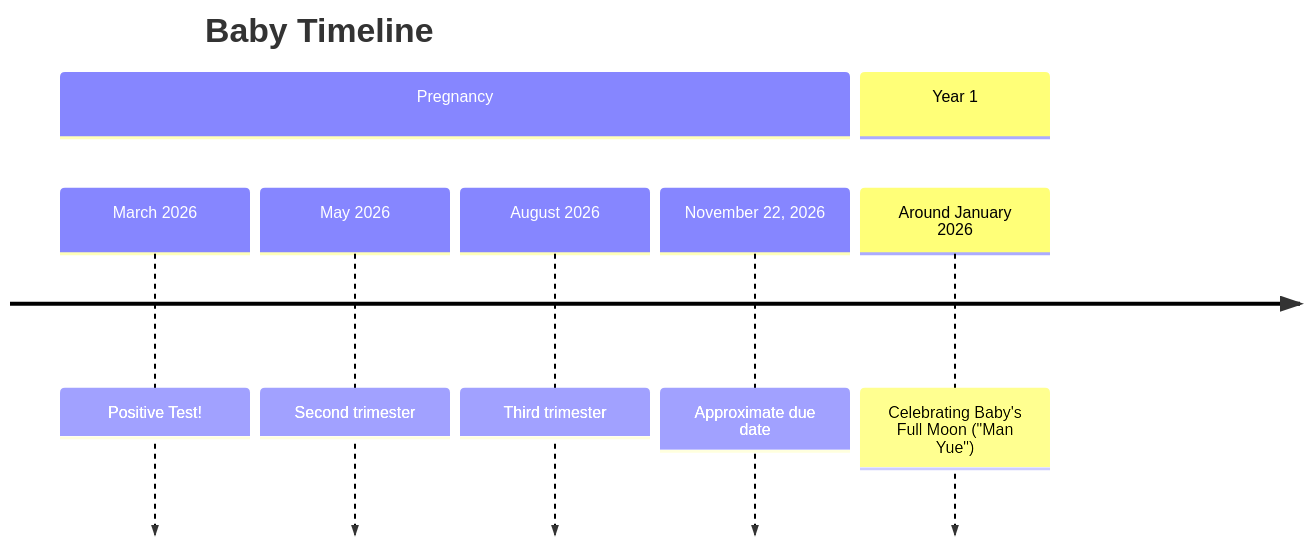
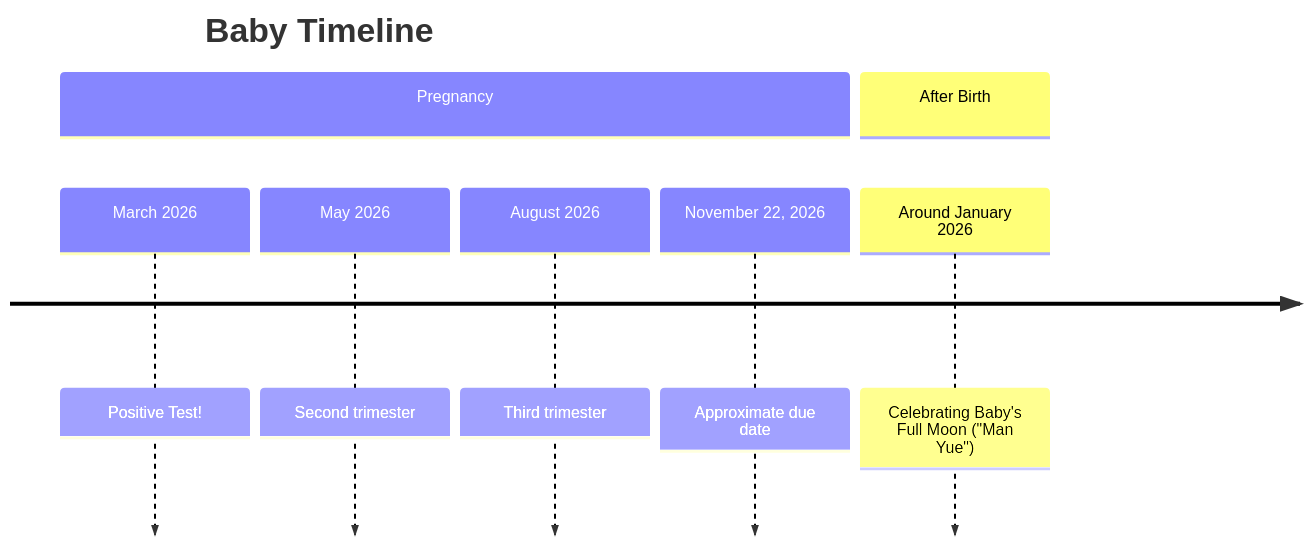
One commit to heidiwwang/heidi2o changed the diagram in content/baby_guide.md. Above: the diagram before and after it, drawn with Mermaid. The commit also changed other lines of this file, not shown here.

````diff
--- a/content/baby_guide.md
+++ b/content/baby_guide.md
@@ -14,12 +14,12 @@
 ```mermaid
 timeline
     title Baby Timeline
     section Pregnancy
 	    March 2026 : Positive Test!
 	    May 2026 : Second trimester
 	    August 2026 : Third trimester
 	    November 22, 2026 : Approximate due date
 	    
-	section Year 1
+	section After Birth
 		Around January 2026: Celebrating Baby's Full Moon ("Man Yue")		
 ```
````
